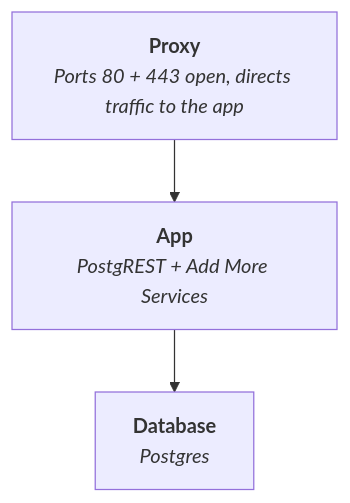
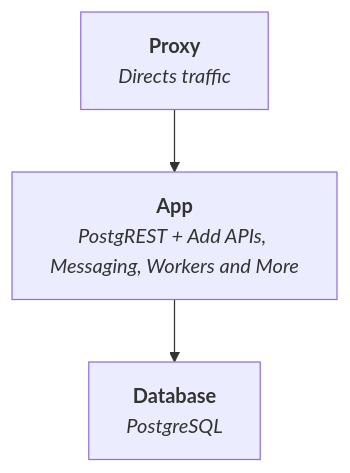
One commit to explodinglabs/superstack changed the diagram in README.md. Above: the diagram before and after it, drawn with Mermaid. The commit also changed other lines of this file and 2 other files, not shown here.

````diff
--- a/README.md
+++ b/README.md
@@ -15,6 +15,6 @@
 ```mermaid
 flowchart TD
-    Proxy["<b>Proxy</b><br><i>Ports 80 + 443 open, directs traffic to the app</i>"]
-    Proxy --> App["<b>App</b><br><i>PostgREST + Add More Services</i>"]
-    App --> Database["<b>Database</b><br><i>Postgres</i>"]
+    Proxy["<b>Proxy</b><br><i>Directs traffic</i>"]
+    Proxy --> App["<b>App</b><br><i>PostgREST + Add APIs, Messaging, Workers and More</i>"]
+    App --> Database["<b>Database</b><br><i>PostgreSQL</i>"]
 ```
````
